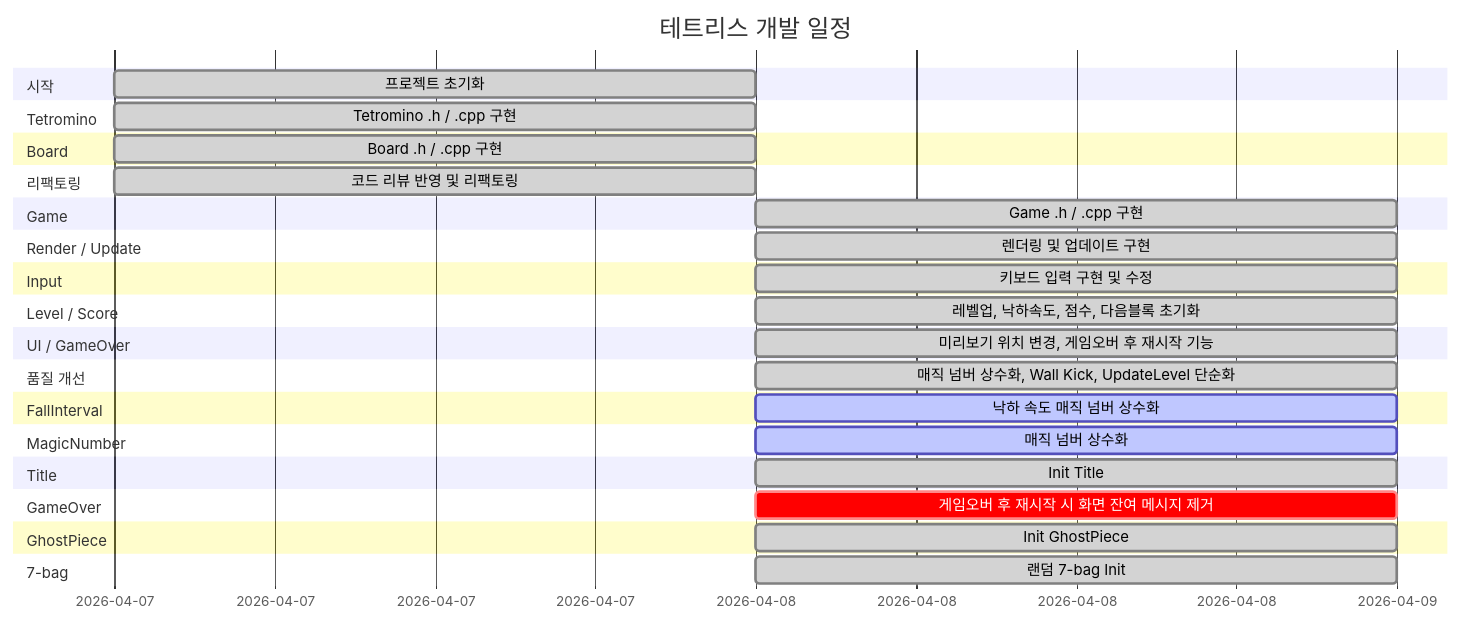
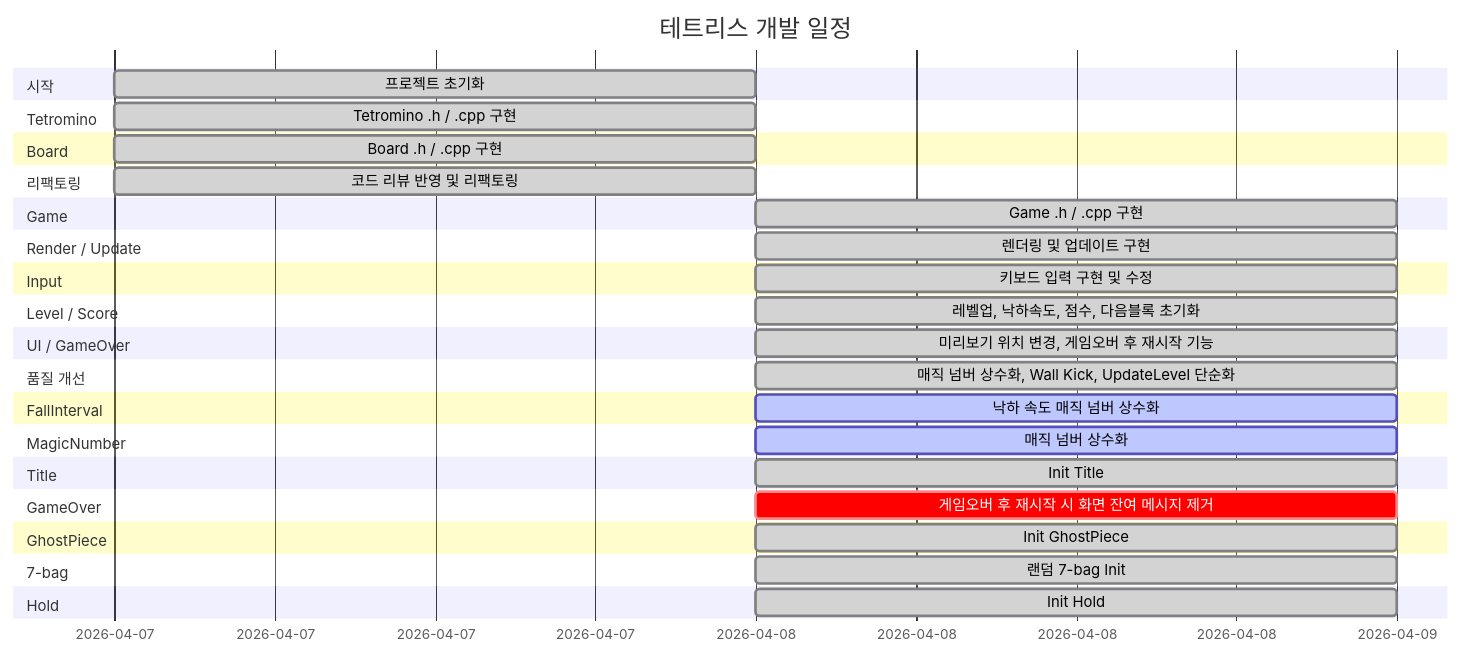
The diagram in README.md (Chance031/Tetris-cpp), drawn with Mermaid before and after one commit. The commit also changed other lines of this file, not shown here.

Commit message:
docs: README 자동 업데이트 [skip ci]

````diff
--- a/README.md
+++ b/README.md
@@ -27,37 +27,39 @@
 ```mermaid
 gantt
     title 테트리스 개발 일정
     dateFormat YYYY-MM-DD
     section 시작
         프로젝트 초기화 :done, init, 2026-04-07, 1d
     section Tetromino
         Tetromino .h / .cpp 구현 :done, t16803, 2026-04-07, 1d
     section Board
         Board .h / .cpp 구현 :done, t84048, 2026-04-07, 1d
     section 리팩토링
         코드 리뷰 반영 및 리팩토링 :done, refactor, 2026-04-07, 1d
     section Game
         Game .h / .cpp 구현 :done, t91896, 2026-04-08, 1d
     section Render / Update
         렌더링 및 업데이트 구현 :done, t47867, 2026-04-08, 1d
     section Input
         키보드 입력 구현 및 수정 :done, t8258, 2026-04-08, 1d
     section Level / Score
         레벨업, 낙하속도, 점수, 다음블록 초기화 :done, t44367, 2026-04-08, 1d
     section UI / GameOver
         미리보기 위치 변경, 게임오버 후 재시작 기능 :done, t55123, 2026-04-08, 1d
     section 품질 개선
         매직 넘버 상수화, Wall Kick, UpdateLevel 단순화 :done, t66234, 2026-04-08, 1d
     section FallInterval
         낙하 속도 매직 넘버 상수화 :active, t66782, 2026-04-08, 1d
     section MagicNumber
         매직 넘버 상수화 :active, t23180, 2026-04-08, 1d
     section Title
         Init Title :done, t45140, 2026-04-08, 1d
     section GameOver
         게임오버 후 재시작 시 화면 잔여 메시지 제거 :crit, t96693, 2026-04-08, 1d
     section GhostPiece
         Init GhostPiece :done, t88826, 2026-04-08, 1d
     section 7-bag
         랜덤 7-bag Init :done, t21893, 2026-04-08, 1d
+    section Hold
+        Init Hold :done, t97044, 2026-04-08, 1d
 ```
````
